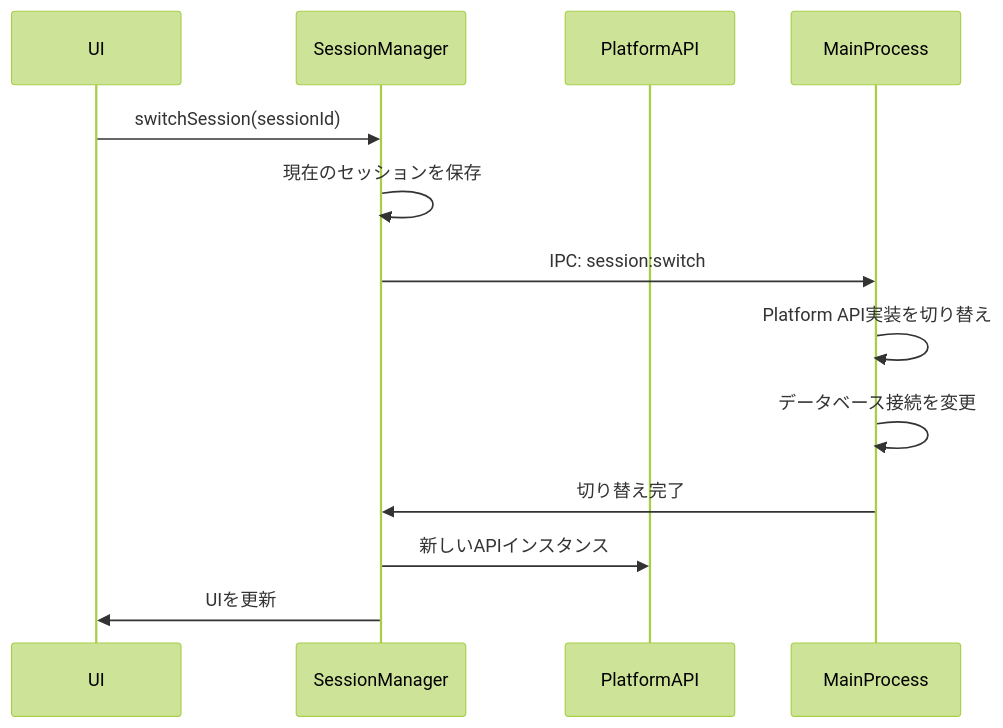
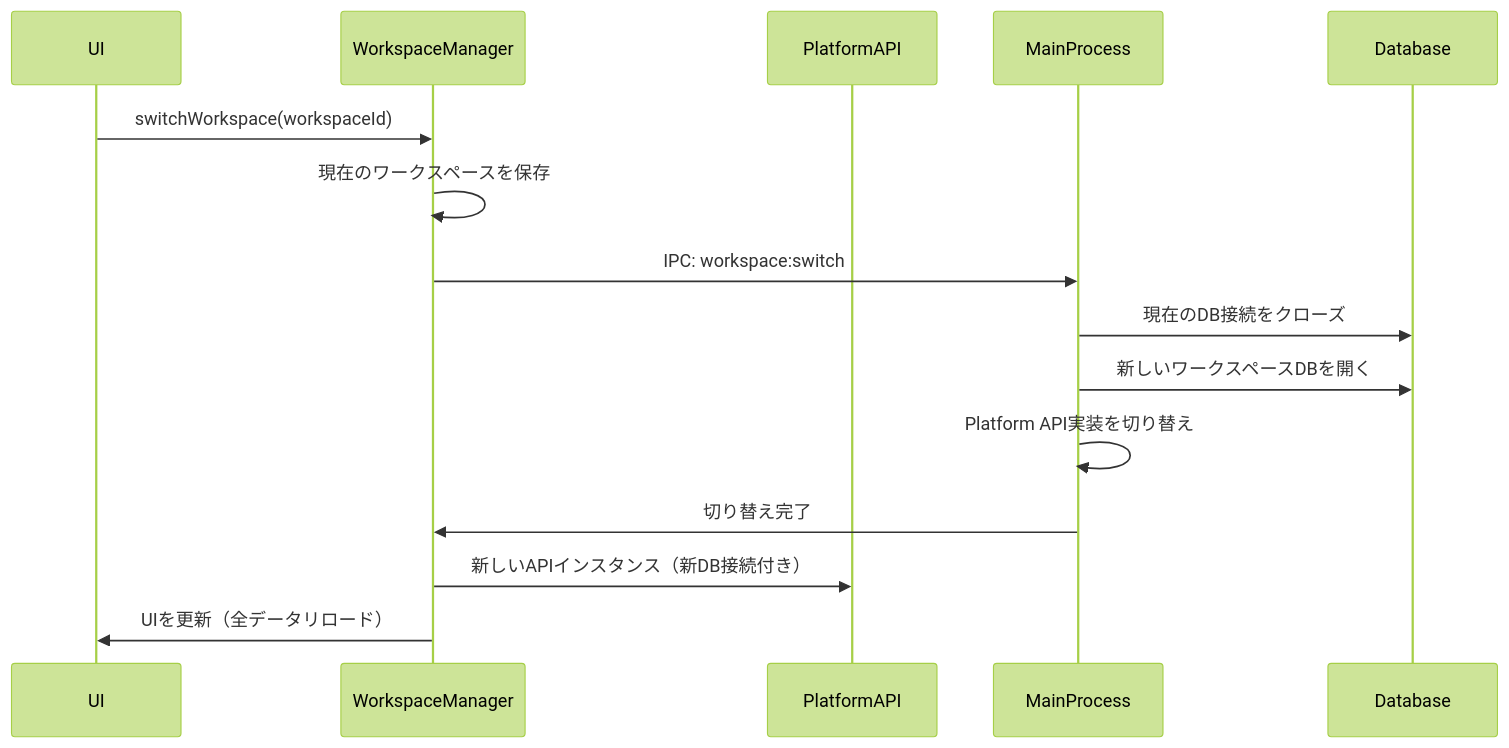
The diagram in apps/electron/docs/TEAM_FEATURE_DESIGN.md (mcp-router/mcp-router), drawn with Mermaid (forest theme) before and after one commit. The commit also changed other lines of this file and 28 other files, not shown here.

````diff
--- a/apps/electron/docs/TEAM_FEATURE_DESIGN.md
+++ b/apps/electron/docs/TEAM_FEATURE_DESIGN.md
@@ -118,16 +130,18 @@
 ```mermaid
 sequenceDiagram
     participant UI
-    participant SessionManager
+    participant WorkspaceManager
     participant PlatformAPI
     participant MainProcess
+    participant Database
 
-    UI->>SessionManager: switchSession(sessionId)
-    SessionManager->>SessionManager: 現在のセッションを保存
-    SessionManager->>MainProcess: IPC: session:switch
+    UI->>WorkspaceManager: switchWorkspace(workspaceId)
+    WorkspaceManager->>WorkspaceManager: 現在のワークスペースを保存
+    WorkspaceManager->>MainProcess: IPC: workspace:switch
+    MainProcess->>Database: 現在のDB接続をクローズ
+    MainProcess->>Database: 新しいワークスペースDBを開く
     MainProcess->>MainProcess: Platform API実装を切り替え
-    MainProcess->>MainProcess: データベース接続を変更
-    MainProcess->>SessionManager: 切り替え完了
-    SessionManager->>PlatformAPI: 新しいAPIインスタンス
-    SessionManager->>UI: UIを更新
+    MainProcess->>WorkspaceManager: 切り替え完了
+    WorkspaceManager->>PlatformAPI: 新しいAPIインスタンス（新DB接続付き）
+    WorkspaceManager->>UI: UIを更新（全データリロード）
 ```
````
